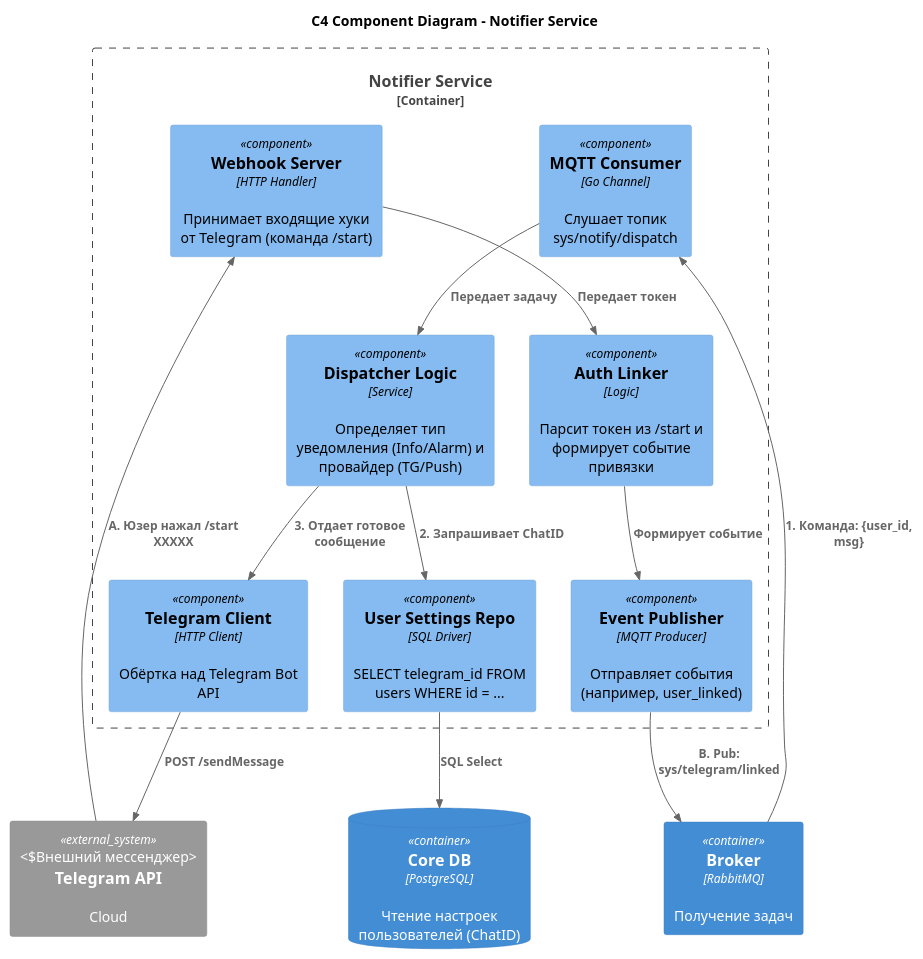
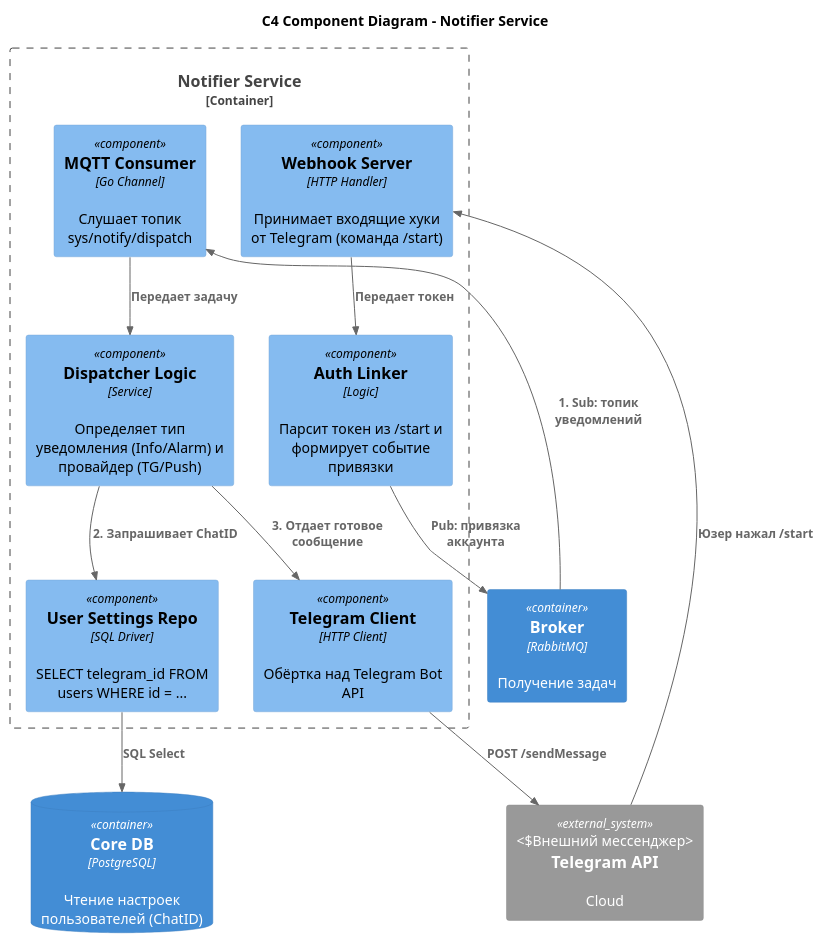
One commit to kalancha/architecture-course changed the diagram in architecture-warmhouse/apps/diagrams/NotifierComponent.puml. Above: the diagram before and after it, drawn with PlantUML. The commit also changed 3 other files, not shown here.

```diff
--- a/architecture-warmhouse/apps/diagrams/NotifierComponent.puml
+++ b/architecture-warmhouse/apps/diagrams/NotifierComponent.puml
@@ -1,45 +1,43 @@
 @startuml
 !include https://raw.githubusercontent.com/plantuml-stdlib/C4-PlantUML/master/C4_Component.puml
 
 title C4 Component Diagram - Notifier Service
 
 ' Внешние зависимости
 Container(broker, "Broker", "RabbitMQ", "Получение задач")
 ContainerDb(db_core, "Core DB", "PostgreSQL", "Чтение настроек пользователей (ChatID)")
 System_Ext(telegram_api, "Telegram API", "Cloud", "Внешний мессенджер")
 
 Container_Boundary(notifier, "Notifier Service") {
 
     ' --- ВХОДЯЩИЕ ИНТЕРФЕЙСЫ ---
     Component(mqtt_listener, "MQTT Consumer", "Go Channel", "Слушает топик sys/notify/dispatch")
     Component(webhook_server, "Webhook Server", "HTTP Handler", "Принимает входящие хуки от Telegram (команда /start)")
 
     ' --- ЛОГИКА ---
     Component(dispatcher, "Dispatcher Logic", "Service", "Определяет тип уведомления (Info/Alarm) и провайдер (TG/Push)")
 
     Component(auth_linker, "Auth Linker", "Logic", "Парсит токен из /start и формирует событие привязки")
 
     ' --- РАБОТА С ДАННЫМИ ---
     Component(user_repo, "User Settings Repo", "SQL Driver", "SELECT telegram_id FROM users WHERE id = ...")
 
     ' --- АДАПТЕРЫ ---
     Component(tg_client, "Telegram Client", "HTTP Client", "Обёртка над Telegram Bot API")
-    Component(event_pub, "Event Publisher", "MQTT Producer", "Отправляет события (например, user_linked)")
 
 }
 
 ' --- ФЛОУ ОТПРАВКИ (SENDING) ---
-Rel(broker, mqtt_listener, "1. Команда: {user_id, msg}")
+Rel(broker, mqtt_listener, "1. Sub: топик уведомлений")
 Rel(mqtt_listener, dispatcher, "Передает задачу")
 Rel(dispatcher, user_repo, "2. Запрашивает ChatID")
 Rel(user_repo, db_core, "SQL Select")
 Rel(dispatcher, tg_client, "3. Отдает готовое сообщение")
 Rel(tg_client, telegram_api, "POST /sendMessage")
 
 ' --- ФЛОУ ПРИВЯЗКИ (PAIRING) ---
-Rel(telegram_api, webhook_server, "A. Юзер нажал /start XXXXX")
+Rel(telegram_api, webhook_server, "Юзер нажал /start")
 Rel(webhook_server, auth_linker, "Передает токен")
-Rel(auth_linker, event_pub, "Формирует событие")
-Rel(event_pub, broker, "B. Pub: sys/telegram/linked")
+Rel(auth_linker, broker, "Pub: привязка аккаунта")
 
 @enduml
```
